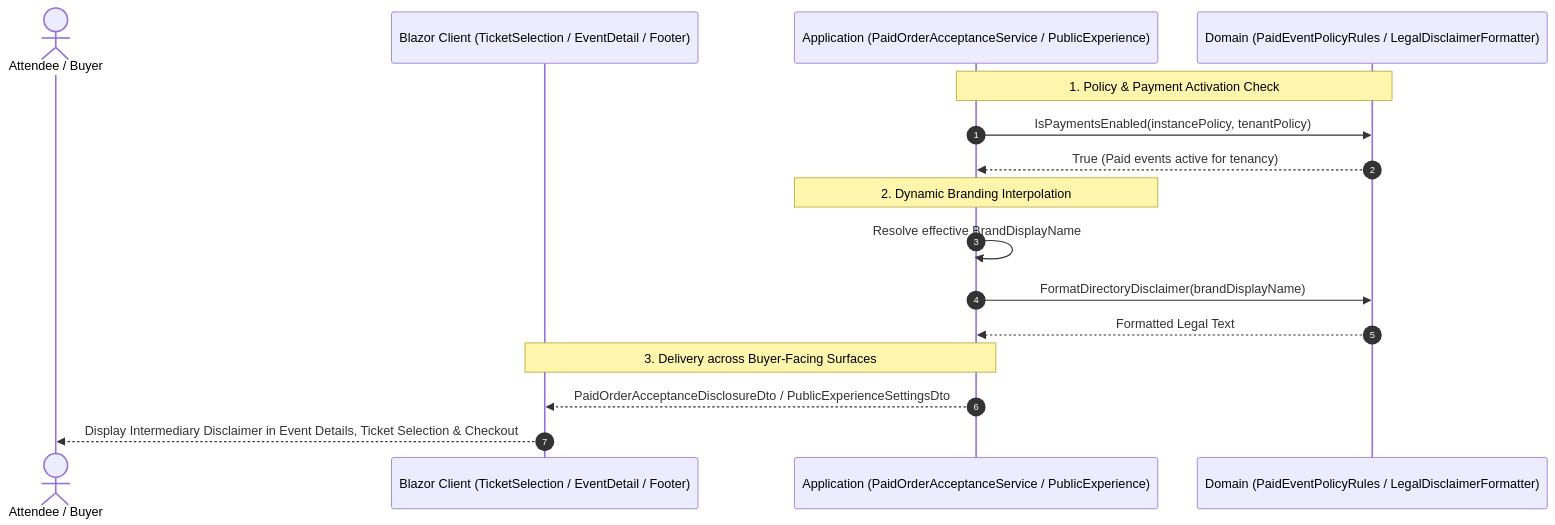
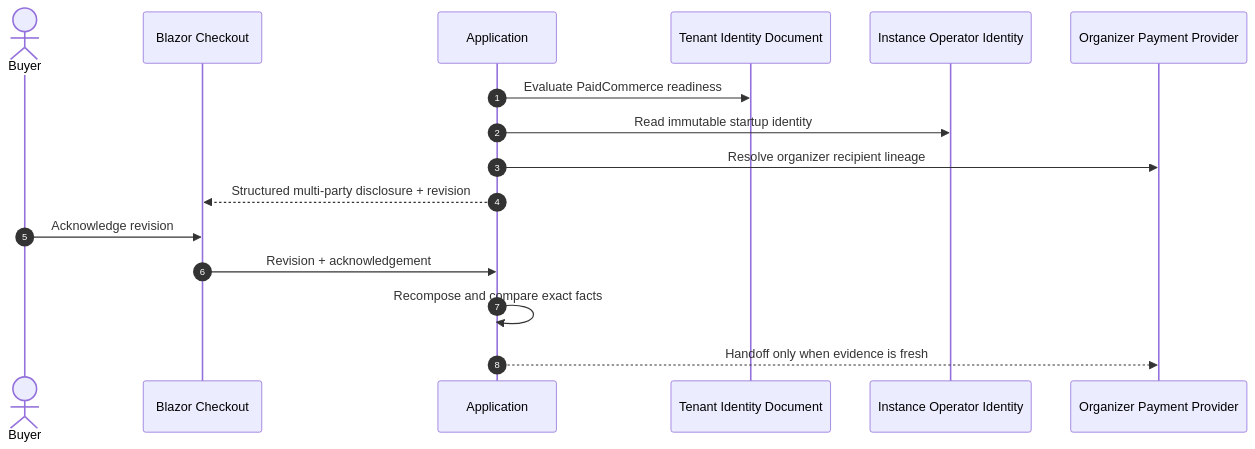
The second of 3 diagrams in docs/PAYMENTS.md (islamu-ngo/Explore), drawn with Mermaid before and after one commit. The commit also changed other lines of this file and 216 other files, not shown here.

First line of the commit message:
feat(registration)!: separate directory, platform, and merchant legal identities

````diff
--- a/docs/PAYMENTS.md
+++ b/docs/PAYMENTS.md
@@ -148,21 +163,19 @@
 ```mermaid
 sequenceDiagram
     autonumber
-    actor Attendee as Attendee / Buyer
-    participant UI as Blazor Client (TicketSelection / EventDetail / Footer)
-    participant App as Application (PaidOrderAcceptanceService / PublicExperience)
-    participant Domain as Domain (PaidEventPolicyRules / LegalDisclaimerFormatter)
+    actor Buyer
+    participant UI as Blazor Checkout
+    participant App as Application
+    participant Tenant as Tenant Identity Document
+    participant Instance as Instance Operator Identity
+    participant Provider as Organizer Payment Provider
 
-    Note over App,Domain: 1. Policy & Payment Activation Check
-    App->>Domain: IsPaymentsEnabled(instancePolicy, tenantPolicy)
-    Domain-->>App: True (Paid events active for tenancy)
-
-    Note over App: 2. Dynamic Branding Interpolation
-    App->>App: Resolve effective BrandDisplayName
-    App->>Domain: FormatDirectoryDisclaimer(brandDisplayName)
-    Domain-->>App: Formatted Legal Text
-
-    Note over UI,App: 3. Delivery across Buyer-Facing Surfaces
-    App-->>UI: PaidOrderAcceptanceDisclosureDto / PublicExperienceSettingsDto
-    UI-->>Attendee: Display Intermediary Disclaimer in Event Details, Ticket Selection & Checkout
+    App->>Tenant: Evaluate PaidCommerce readiness
+    App->>Instance: Read immutable startup identity
+    App->>Provider: Resolve organizer recipient lineage
+    App-->>UI: Structured multi-party disclosure + revision
+    Buyer->>UI: Acknowledge revision
+    UI->>App: Revision + acknowledgement
+    App->>App: Recompose and compare exact facts
+    App-->>Provider: Handoff only when evidence is fresh
 ```
````
